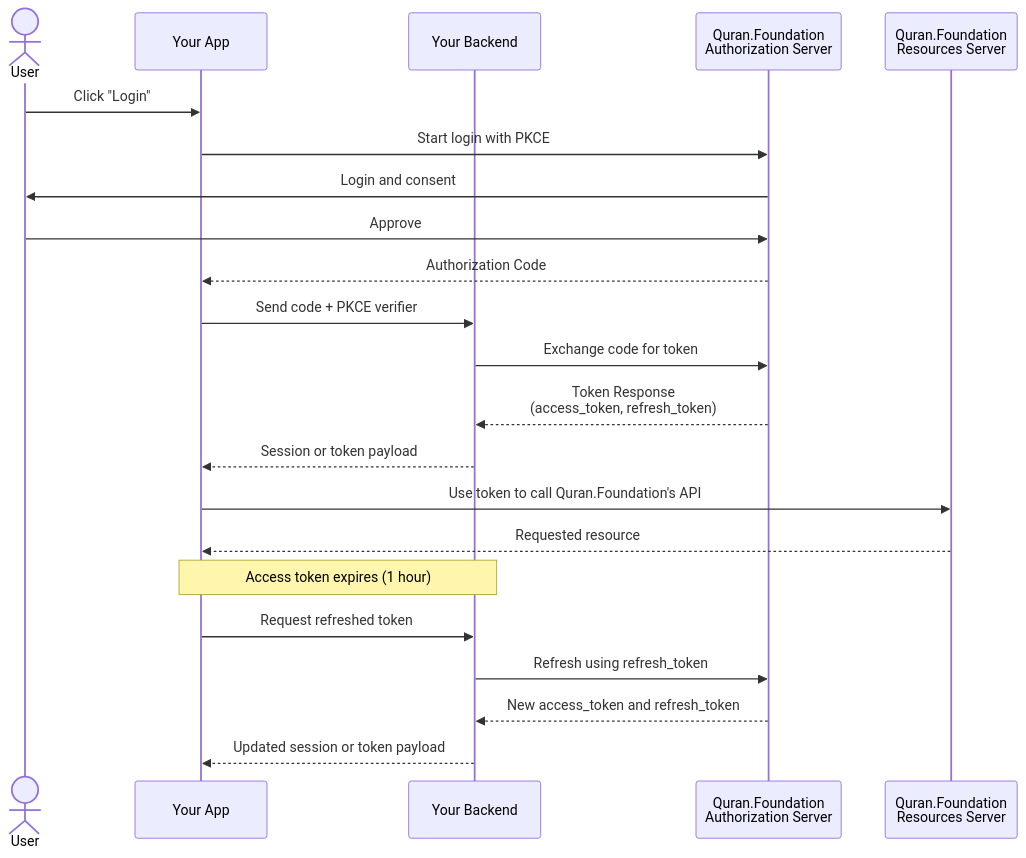
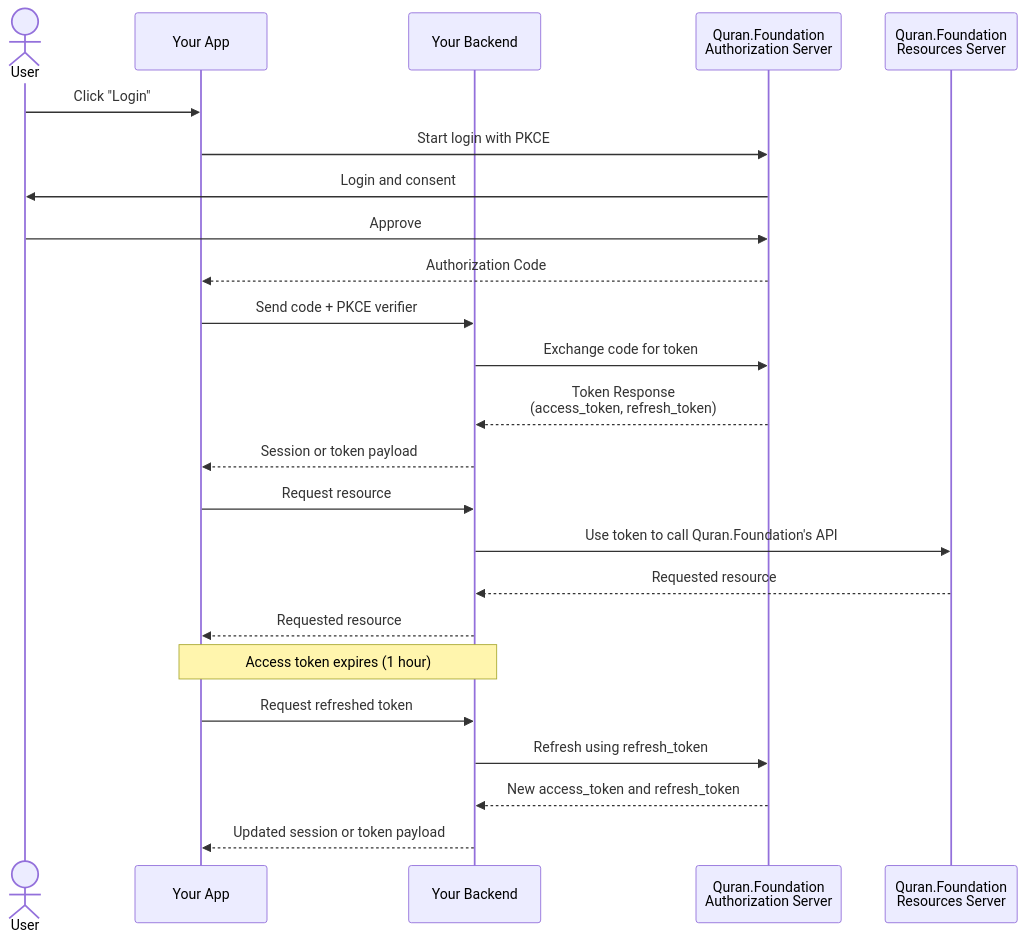
One commit to quran/qf-api-docs changed the third of 3 diagrams in docs/tutorials/oidc/getting-started-with-oauth2.mdx. Above: the diagram before and after it, drawn with Mermaid. The commit also changed other lines of this file and 3 other files, not shown here.

````diff
--- a/docs/tutorials/oidc/getting-started-with-oauth2.mdx
+++ b/docs/tutorials/oidc/getting-started-with-oauth2.mdx
@@ -217,28 +217,30 @@
 ```mermaid
 sequenceDiagram
     actor User
     participant App as Your App
     participant Backend as Your Backend
     participant Auth as Quran.Foundation<br/>Authorization Server
     participant API as Quran.Foundation<br/>Resources Server
 
     User->>App: Click "Login"
     App->>Auth: Start login with PKCE
     Auth->>User: Login and consent
     User->>Auth: Approve
     Auth-->>App: Authorization Code
     App->>Backend: Send code + PKCE verifier
     Backend->>Auth: Exchange code for token
     Auth-->>Backend: Token Response<br/>(access_token, refresh_token)
     Backend-->>App: Session or token payload
 
-    App->>API: Use token to call Quran.Foundation's API
-    API-->>App: Requested resource
+    App->>Backend: Request resource
+    Backend->>API: Use token to call Quran.Foundation's API
+    API-->>Backend: Requested resource
+    Backend-->>App: Requested resource
 
     Note over App,Backend: Access token expires (1 hour)
 
     App->>Backend: Request refreshed token
     Backend->>Auth: Refresh using refresh_token
     Auth-->>Backend: New access_token and refresh_token
     Backend-->>App: Updated session or token payload
 ```
````
